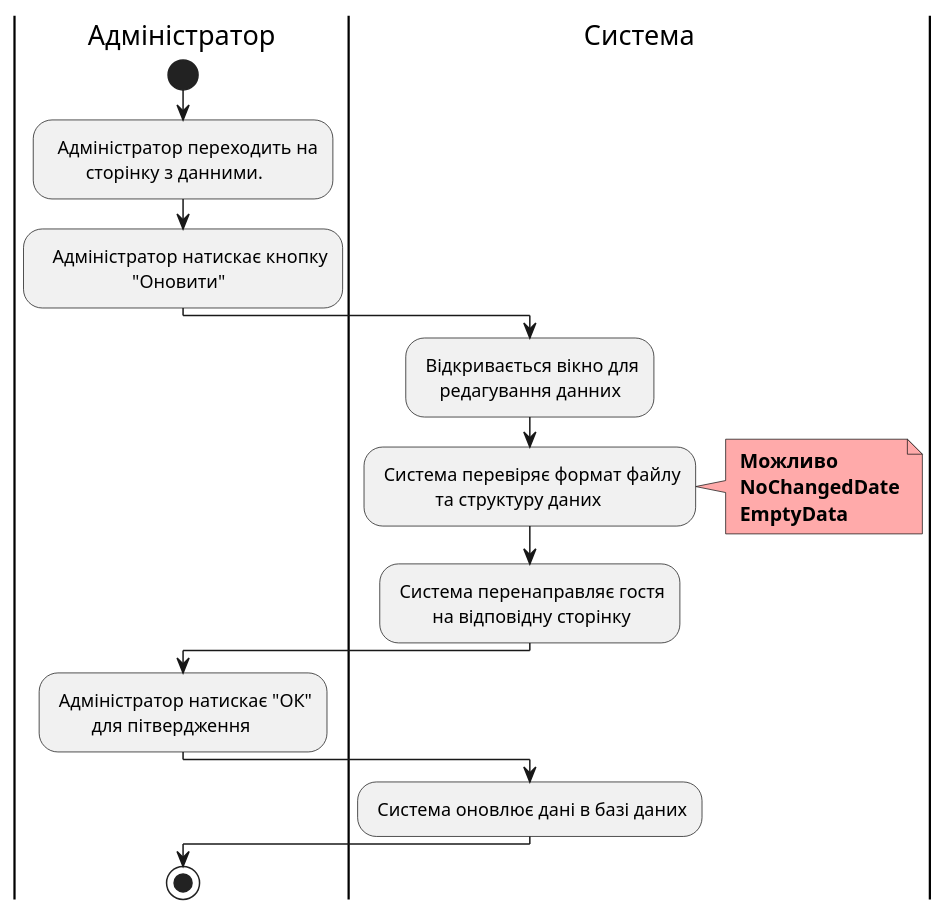
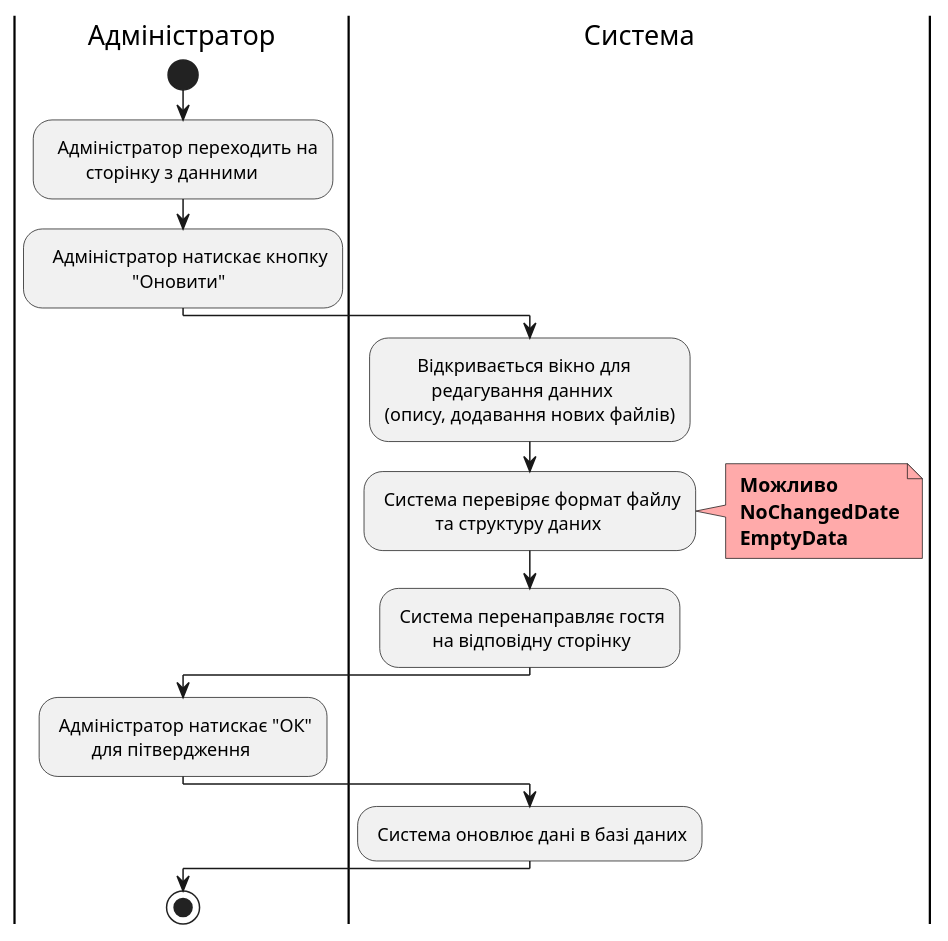
One commit to dimatortik/db-course-theme2 changed the diagram in docs/use cases/puml/use-case-19.puml. Above: the diagram before and after it, drawn with PlantUML. The commit also changed 7 other files, not shown here.

```diff
--- a/docs/use cases/puml/use-case-19.puml
+++ b/docs/use cases/puml/use-case-19.puml
@@ -8,30 +8,31 @@
 @startuml
     |Адміністратор|
         start
         :  Адміністратор переходить на 
-                сторінку з данними.;
+                сторінку з данними;
         :   Адміністратор натискає кнопку 
                             "Оновити";
     |Система|
-        : Відкривається вікно для 
-            редагування данних;
+        :       Відкривається вікно для 
+                  редагування данних
+        (опису, додавання нових файлів);
         : Система перевіряє формат файлу
                     та структуру даних;
         note right #ffaaaa
         <b> Можливо
         <b> NoChangedDate
         <b> EmptyData
         end note
         
         : Система перенаправляє гостя 
                 на відповідну сторінку;
 
     |Адміністратор|
         : Адміністратор натискає "ОК" 
                 для пітвердження;
     |Система|
         : Система оновлює дані в базі даних;
     
     |Адміністратор|    
         stop;
 @enduml 
```
